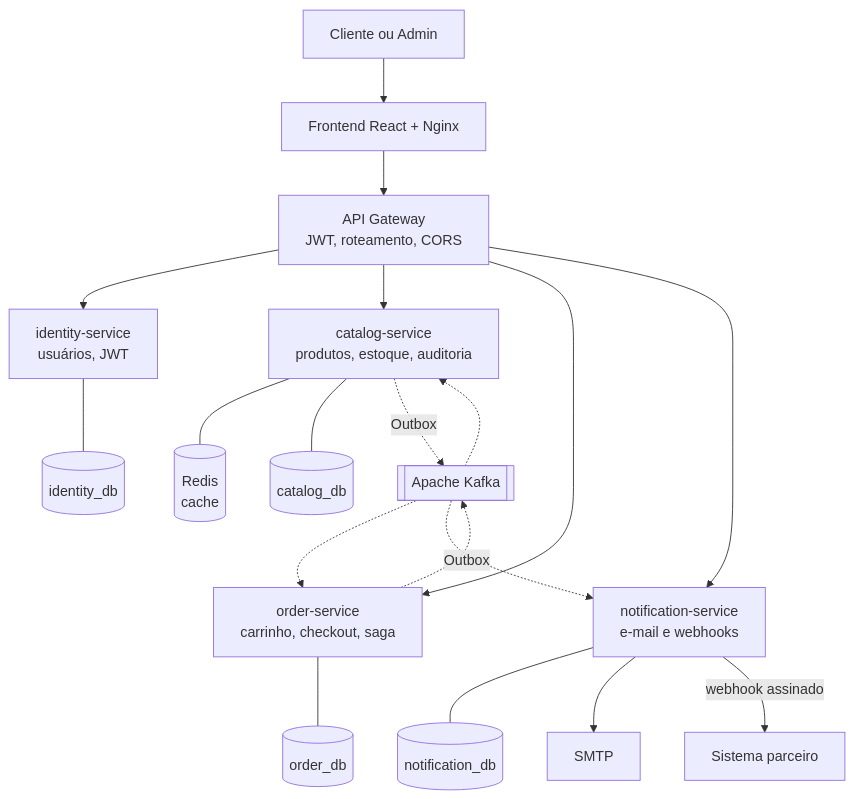
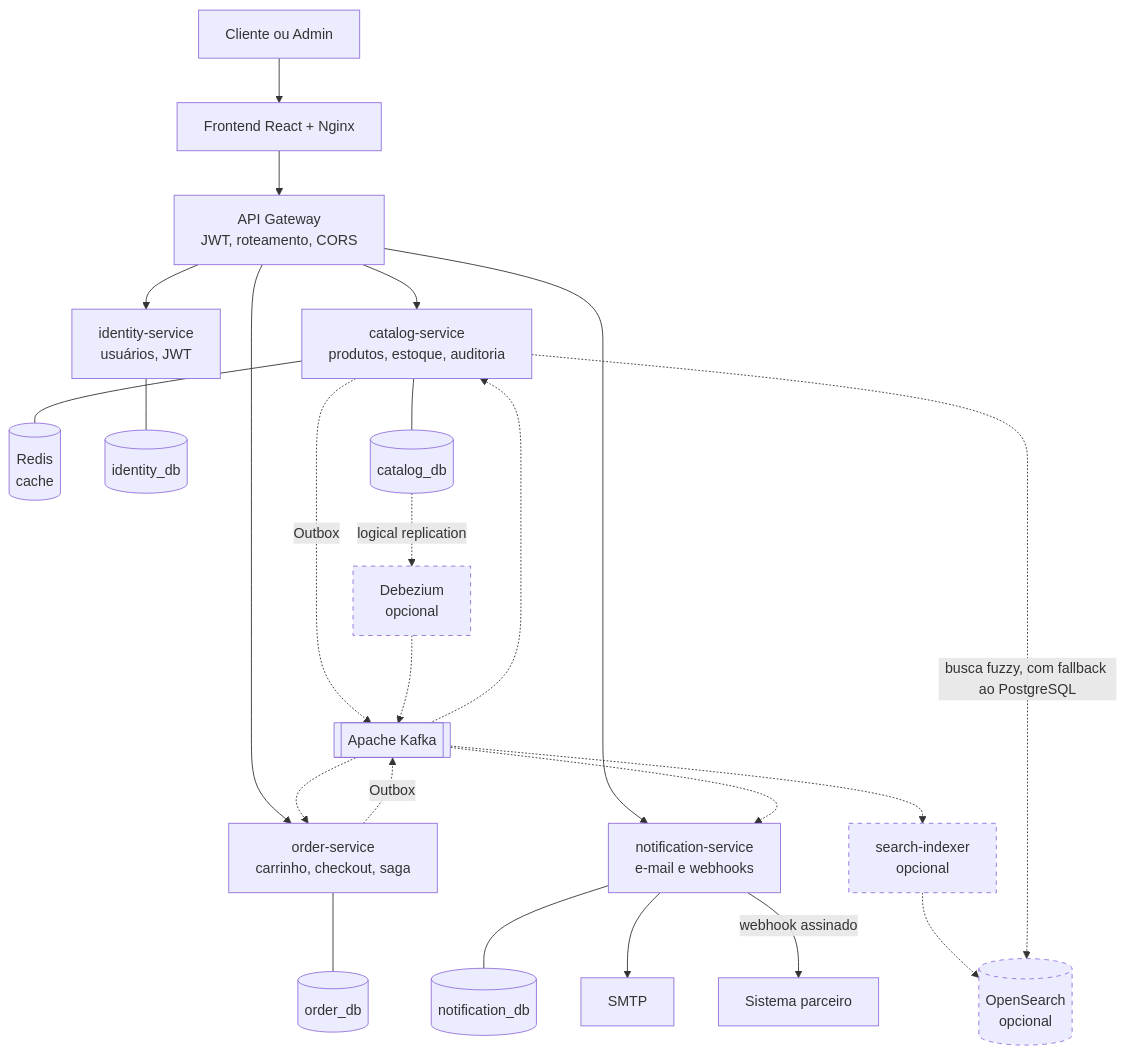
One commit to Matheuscrz/ShopFlow changed the first of 3 diagrams in README.md. Above: the diagram before and after it, drawn with Mermaid. The commit also changed other lines of this file and 3 other files, not shown here.

````diff
--- a/README.md
+++ b/README.md
@@ -28,25 +28,34 @@
 ```mermaid
 flowchart TB
     user["Cliente ou Admin"] --> spa["Frontend React + Nginx"]
     spa --> gw["API Gateway<br/>JWT, roteamento, CORS"]
 
     gw --> idsvc["identity-service<br/>usuários, JWT"]
     gw --> cat["catalog-service<br/>produtos, estoque, auditoria"]
     gw --> ord["order-service<br/>carrinho, checkout, saga"]
     gw --> notif["notification-service<br/>e-mail e webhooks"]
 
     cat --- redis[("Redis<br/>cache")]
     idsvc --- dbid[("identity_db")]
     cat --- dbcat[("catalog_db")]
     ord --- dbord[("order_db")]
     notif --- dbnot[("notification_db")]
 
     ord -.->|"Outbox"| kafka[["Apache Kafka"]]
     cat -.->|"Outbox"| kafka
     kafka -.-> ord
     kafka -.-> cat
     kafka -.-> notif
 
     notif --> smtp["SMTP"]
     notif -->|"webhook assinado"| partner["Sistema parceiro"]
+
+    dbcat -.->|"logical replication"| dbz["Debezium<br/>opcional"]
+    dbz -.-> kafka
+    kafka -.-> idx["search-indexer<br/>opcional"]
+    idx -.-> os[("OpenSearch<br/>opcional")]
+    cat -.->|"busca fuzzy, com fallback ao PostgreSQL"| os
+
+    classDef opt stroke-dasharray: 5 5
+    class dbz,idx,os opt
 ```
````
